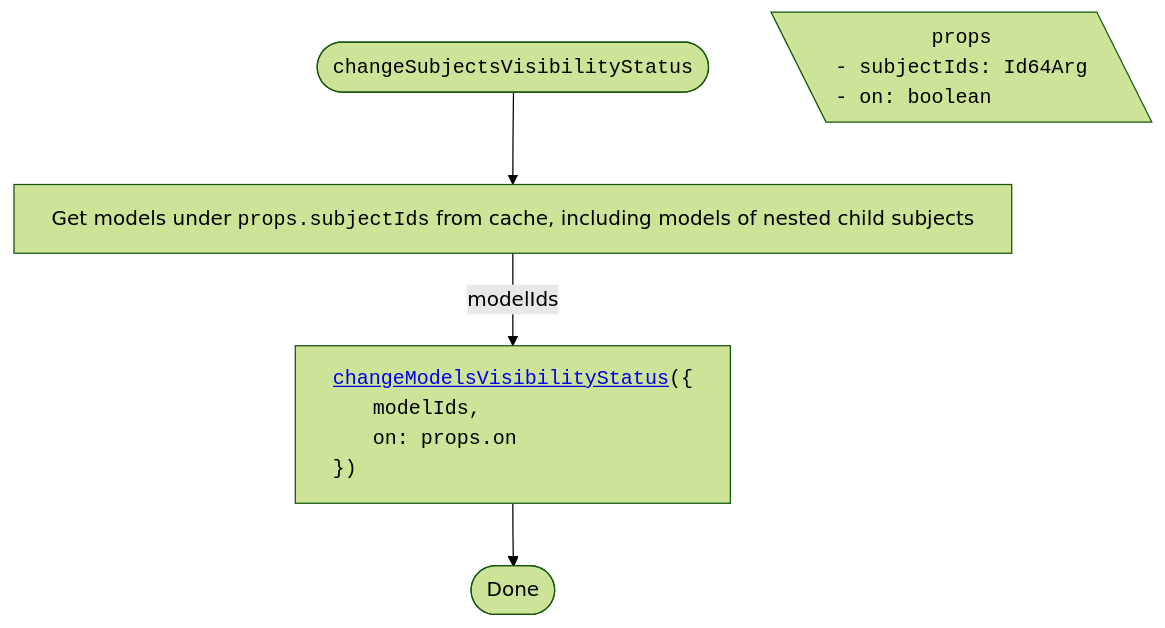
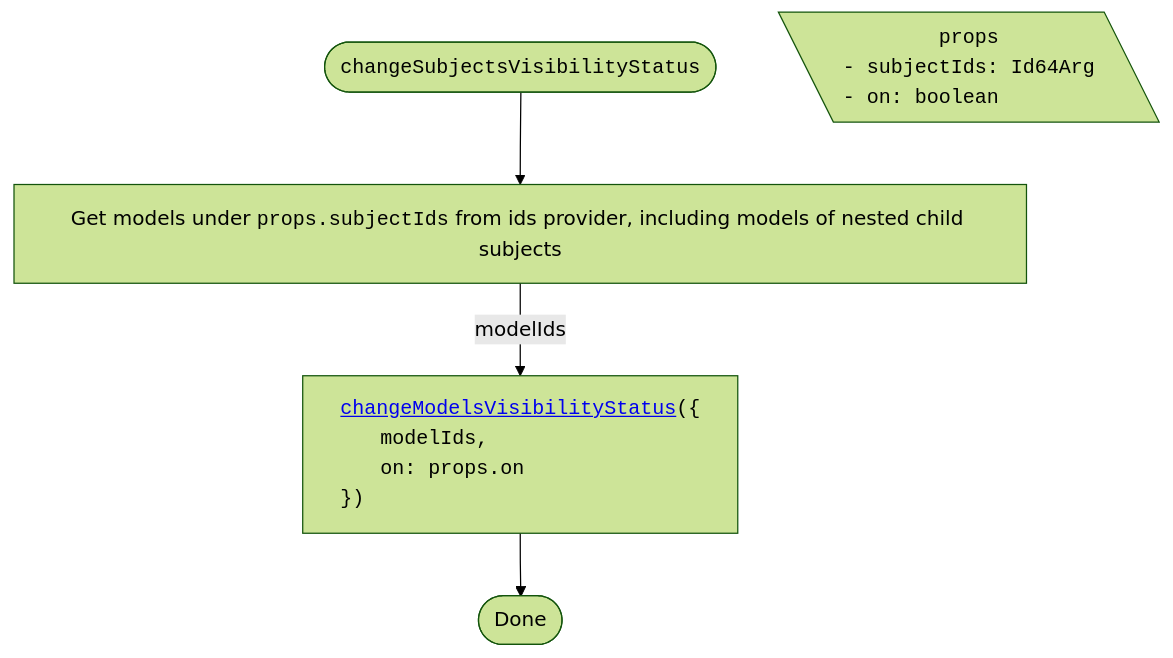
Before and after one commit to iTwin/viewer-components-react: the third of 4 diagrams in packages/tree-widget/docs/ModelsTreeVisibilityHandling.md, drawn with Mermaid (forest theme). The commit also changed other lines of this file and 72 other files, not shown here.

````diff
--- a/packages/tree-widget/docs/ModelsTreeVisibilityHandling.md
+++ b/packages/tree-widget/docs/ModelsTreeVisibilityHandling.md
@@ -96,25 +96,25 @@
 ```mermaid
 ---
 config:
   flowchart:
     wrappingWidth: 750
     useMaxWidth: false
 ---
 
 flowchart TD
   RESULT_Done([Done])
 
   %% Start
-  TITLE(["<span style='font-family: monospace;'>changeSubjectsVisibilityStatus</span>"]) --> A["Get models under <span style='font-family: monospace;'>props.subjectIds</span> from cache, including models of nested child subjects"]
+  TITLE(["<span style='font-family: monospace;'>changeSubjectsVisibilityStatus</span>"]) --> A["Get models under <span style='font-family: monospace;'>props.subjectIds</span> from ids provider, including models of nested child subjects"]
 
   PROPS[\"
     <span style='font-family: monospace;'>props</span>
     <span style='display: block; text-align: left; font-family: monospace;'>- subjectIds: Id64Arg<br/>- on: boolean</span>
   "\]
 
   A -- modelIds --> B["<div style='text-align: left; font-family: monospace;'><a href='./SharedVisibilityHandling.md#changemodelsvisibilitystatus'>changeModelsVisibilityStatus</a>({
     <span style='padding-left: 2rem;'>modelIds,</span>
     <span style='padding-left: 2rem;'>on: props.on</span>
     })</div>"]
   B --> RESULT_Done
 ```
````
